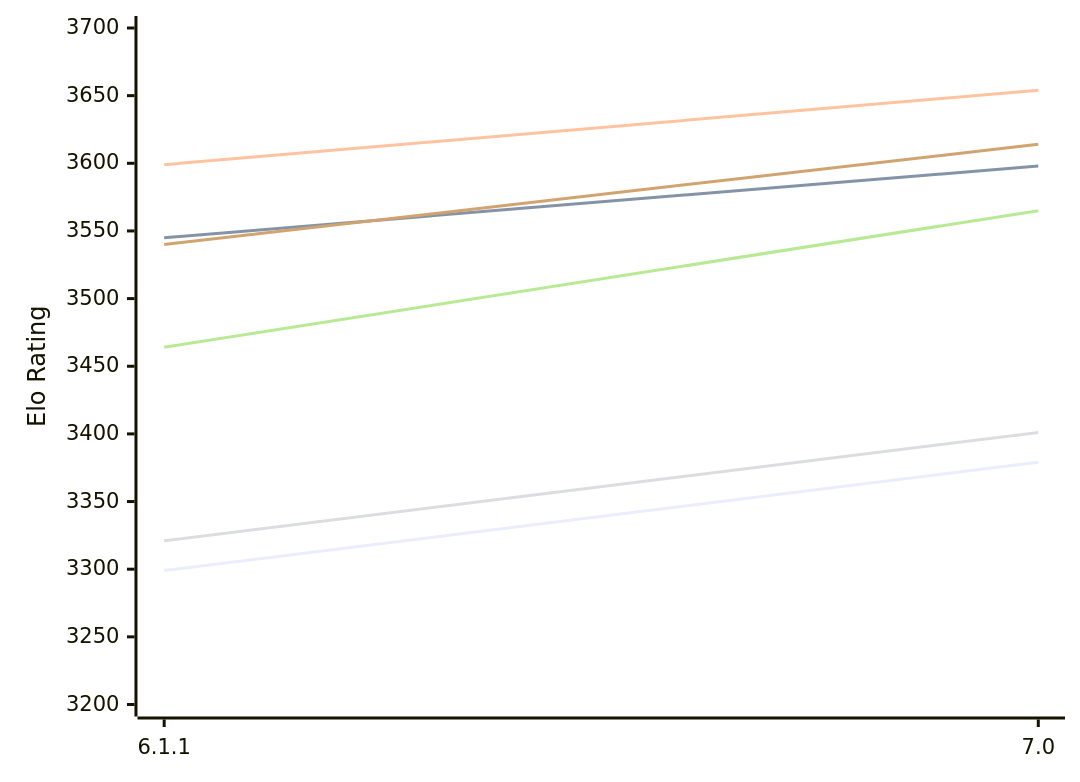
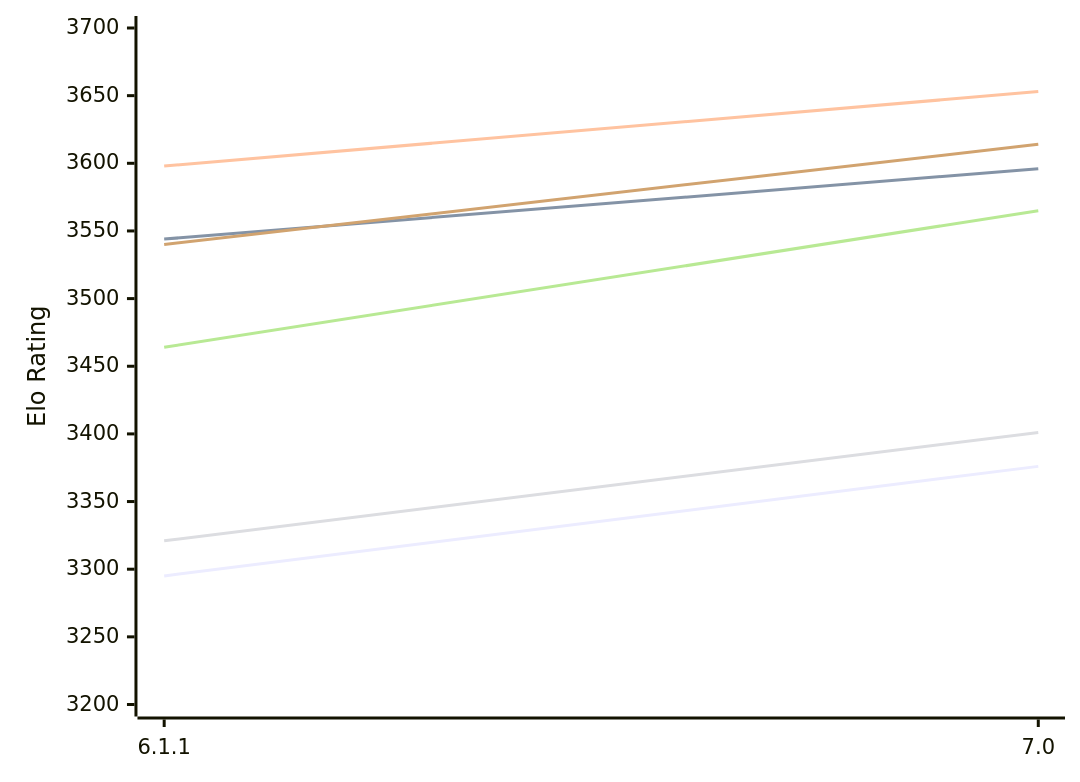
Before and after one commit to computer-chess-index/cci: the first of 2 diagrams in engines/Astra.md, drawn with Mermaid. The commit also changed other lines of this file, not shown here.

Commit message:
Update CCI Ratings (ELO VLTC) - 2026-11-28

````diff
--- a/engines/Astra.md
+++ b/engines/Astra.md
@@ -50,12 +50,12 @@
 ```mermaid
 %%{init: {"theme":"base","themeVariables":{"seriesColors:['#a3a3a3','#222221','#faa371']}}}%%
 xychart-beta
   x-axis ["6.1.1", "7.0"]
   y-axis "Elo Rating" 3200 --> 3700
-  line "E1: STC (8.0+0.08s)" [3299, 3379]
-  line "E1: LTC (60.0+0.60s)" [3545, 3598]
-  line "E1: VLTC (2m24s+1.12s)" [3599, 3654]
+  line "E1: STC (8.0+0.08s)" [3295, 3376]
+  line "E1: LTC (60.0+0.60s)" [3544, 3596]
+  line "E1: VLTC (2m24s+1.12s)" [3598, 3653]
   line "P1: STC (8.0+0.08s)" [3321, 3401]
   line "P1: LTC (60.0+0.60s)" [3464, 3565]
   line "P1: VLTC (2m24s+1.12s)" [3540, 3614]
 ```
````
